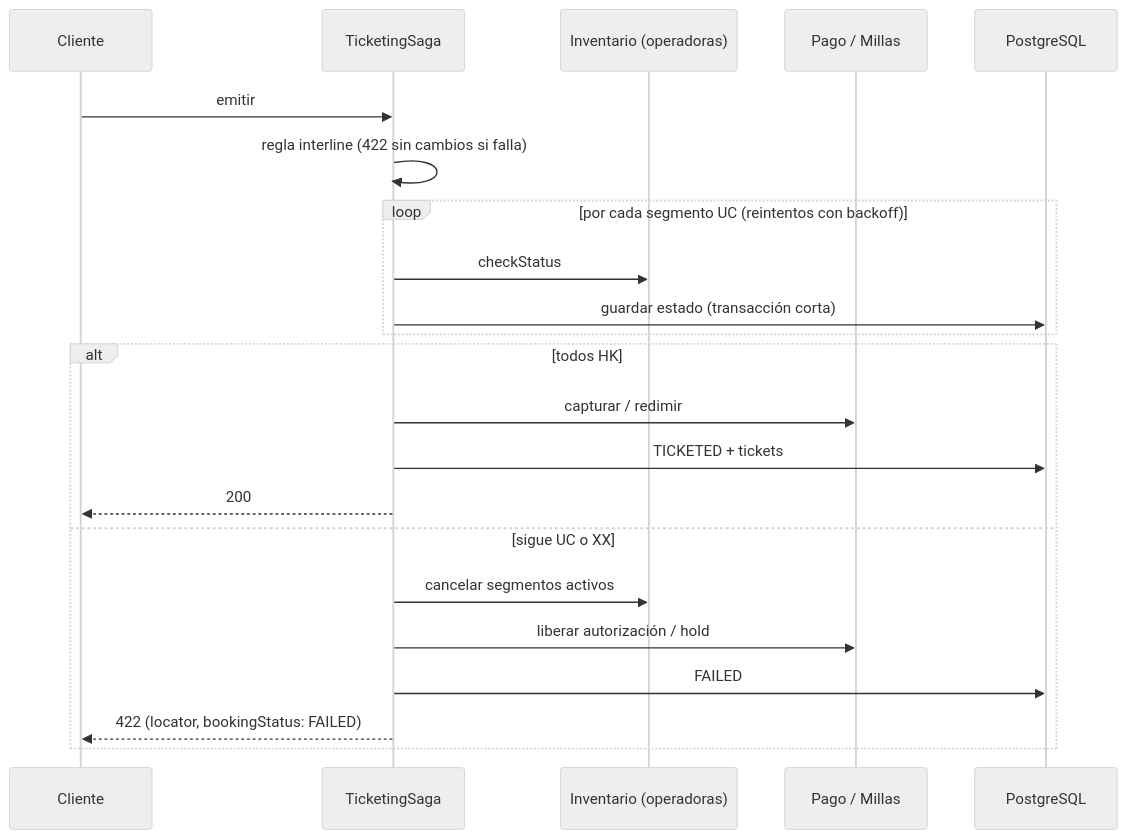
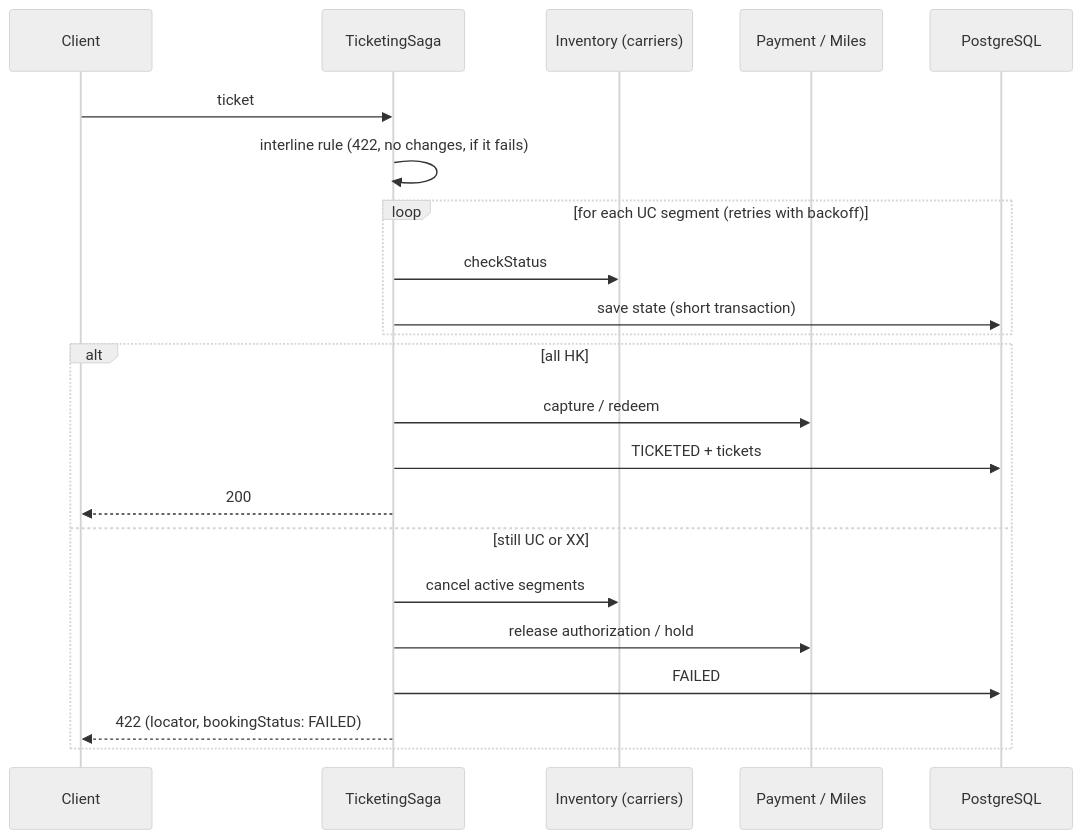
Before and after one commit to marinellysfigueroa/interline-booking-manager: the fourth of 4 diagrams in README.md, drawn with Mermaid (neutral theme). The commit also changed other lines of this file and 3 other files, not shown here.

````diff
--- a/README.md
+++ b/README.md
@@ -107,24 +109,24 @@
 ```mermaid
 sequenceDiagram
-  participant C as Cliente
+  participant C as Client
   participant S as TicketingSaga
-  participant I as Inventario (operadoras)
-  participant P as Pago / Millas
+  participant I as Inventory (carriers)
+  participant P as Payment / Miles
   participant DB as PostgreSQL
-  C->>S: emitir
-  S->>S: regla interline (422 sin cambios si falla)
-  loop por cada segmento UC (reintentos con backoff)
+  C->>S: ticket
+  S->>S: interline rule (422, no changes, if it fails)
+  loop for each UC segment (retries with backoff)
     S->>I: checkStatus
-    S->>DB: guardar estado (transacción corta)
+    S->>DB: save state (short transaction)
   end
-  alt todos HK
-    S->>P: capturar / redimir
+  alt all HK
+    S->>P: capture / redeem
     S->>DB: TICKETED + tickets
     S-->>C: 200
-  else sigue UC o XX
-    S->>I: cancelar segmentos activos
-    S->>P: liberar autorización / hold
+  else still UC or XX
+    S->>I: cancel active segments
+    S->>P: release authorization / hold
     S->>DB: FAILED
     S-->>C: 422 (locator, bookingStatus: FAILED)
   end
 ```
````
